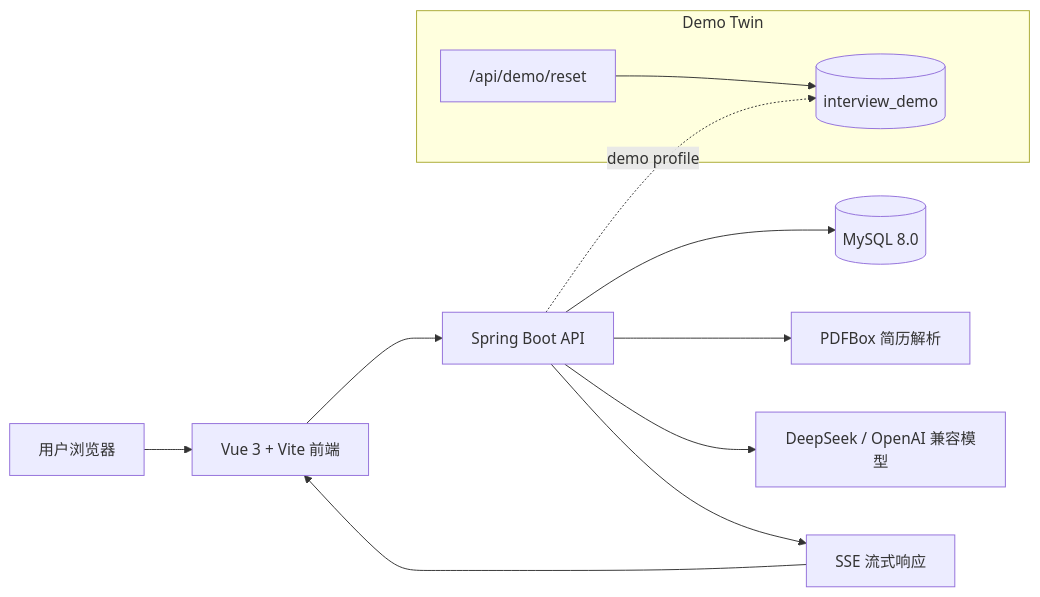
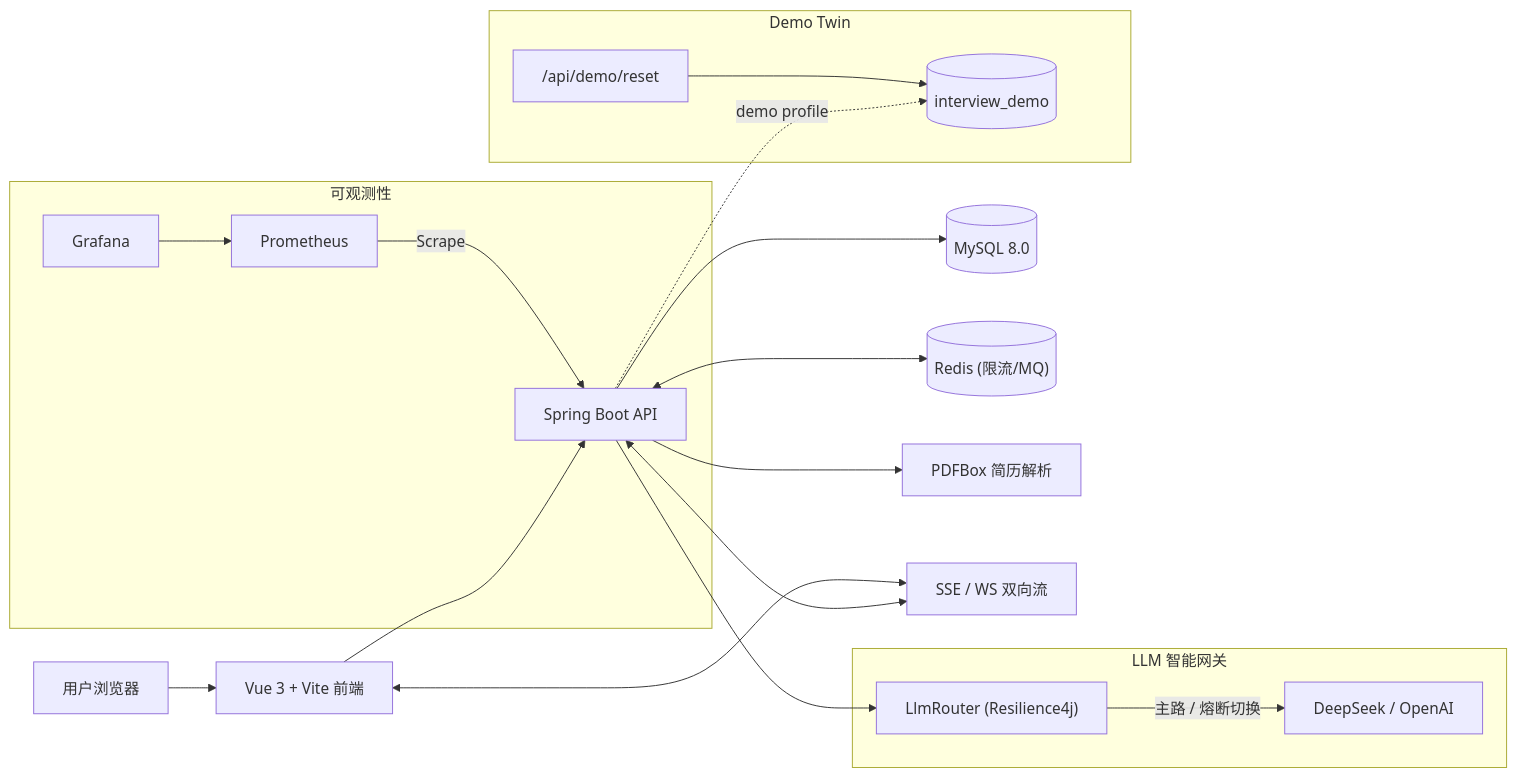
Before and after one commit to zyyyyynnn/Prelude: the diagram in README.md, drawn with Mermaid. The commit also changed other lines of this file and 6 other files, not shown here.

Commit message:
chore: complete roadmap synchronization and deep clean

````diff
--- a/README.md
+++ b/README.md
@@ -22,16 +27,32 @@
 ```mermaid
 flowchart LR
   U["用户浏览器"] --> FE["Vue 3 + Vite 前端"]
   FE --> API["Spring Boot API"]
   API --> DB[("MySQL 8.0")]
+  API <--> Redis[("Redis (限流/MQ)")]
   API --> PDF["PDFBox 简历解析"]
-  API --> LLM["DeepSeek / OpenAI 兼容模型"]
-  API --> SSE["SSE 流式响应"]
-  SSE --> FE
+  
+  subgraph LLM_Gateway["LLM 智能网关"]
+    Router["LlmRouter (Resilience4j)"]
+    DeepSeek["DeepSeek / OpenAI"]
+    Router -->|主路 / 熔断切换| DeepSeek
+  end
+  API --> Router
+  
+  API <--> WS["SSE / WS 双向流"]
+  WS <--> FE
+  
   subgraph DemoTwin["Demo Twin"]
     DemoDB[("interview_demo")]
     DemoSeed["/api/demo/reset"]
   end
   API -.demo profile.-> DemoDB
   DemoSeed --> DemoDB
+  
+  subgraph Observability["可观测性"]
+    Prometheus["Prometheus"]
+    Grafana["Grafana"]
+    Prometheus -->|Scrape| API
+    Grafana --> Prometheus
+  end
 ```
````
